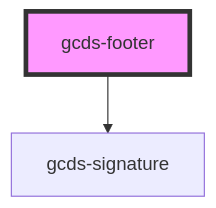
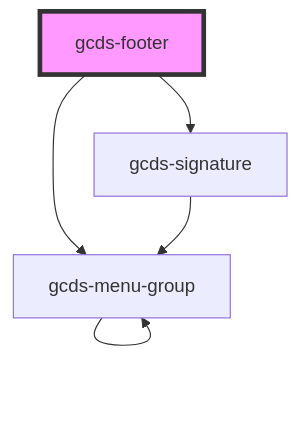
Before and after one commit to cds-snc/gcds-components: the diagram in packages/web/src/components/gcds-footer/readme.md, drawn with Mermaid. The commit also changed other lines of this file and 37 other files, not shown here.

````diff
--- a/packages/web/src/components/gcds-footer/readme.md
+++ b/packages/web/src/components/gcds-footer/readme.md
@@ -26,5 +27,8 @@
 ```mermaid
 graph TD;
   gcds-footer --> gcds-signature
+  gcds-footer --> gcds-menu-group
+  gcds-signature --> gcds-menu-group
+  gcds-menu-group --> gcds-menu-group
   style gcds-footer fill:#f9f,stroke:#333,stroke-width:4px
 ```
````
